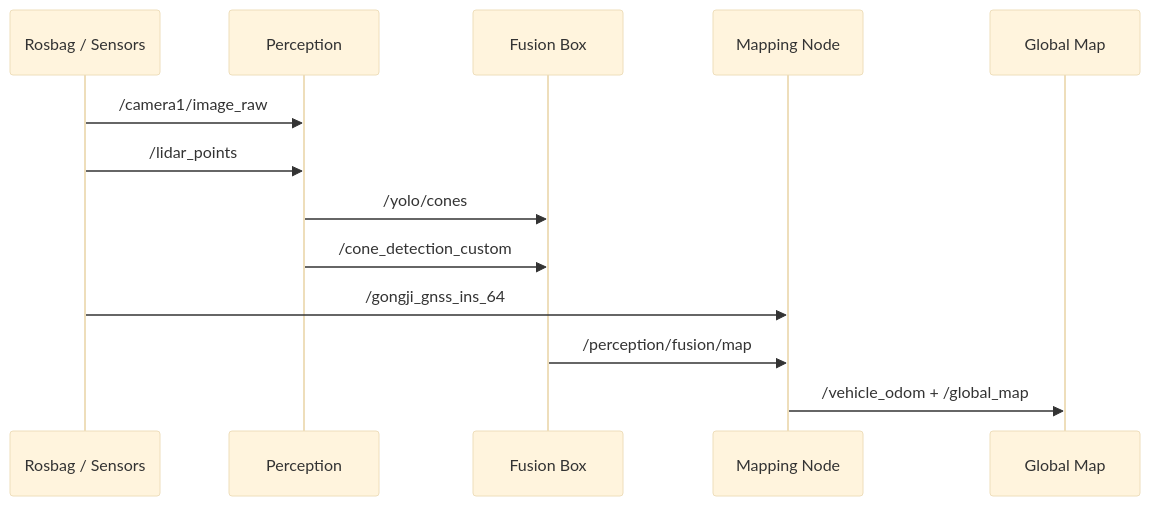
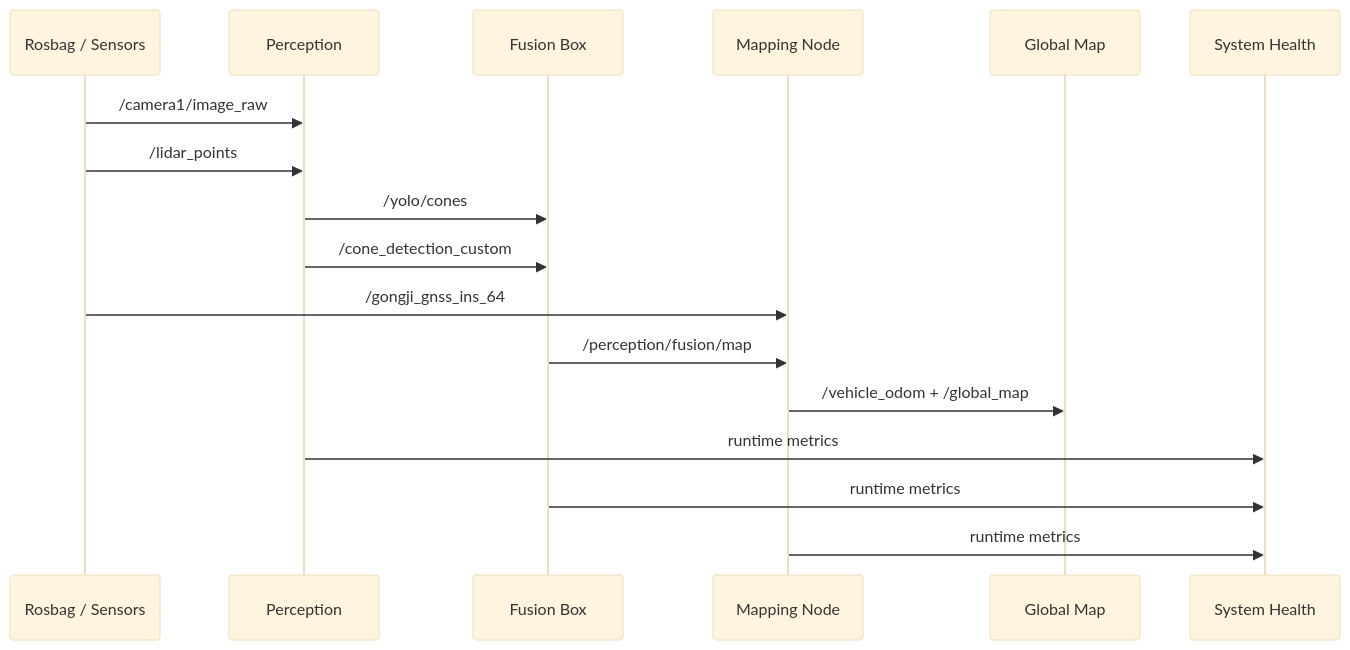
Before and after one commit to yupengsky/RacingBrain: the second of 2 diagrams in README.md, drawn with Mermaid (base theme). The commit also changed other lines of this file and 31 other files, not shown here.

First line of the commit message:
增加感知-建图链路统一健康度输出

````diff
--- a/README.md
+++ b/README.md
@@ -49,16 +50,20 @@
 ```mermaid
 sequenceDiagram
     participant Bag as Rosbag / Sensors
     participant Perception as Perception
     participant Fusion as Fusion Box
     participant Mapper as Mapping Node
     participant Map as Global Map
+    participant Health as System Health
 
     Bag->>Perception: /camera1/image_raw
     Bag->>Perception: /lidar_points
     Perception->>Fusion: /yolo/cones
     Perception->>Fusion: /cone_detection_custom
     Bag->>Mapper: /gongji_gnss_ins_64
     Fusion->>Mapper: /perception/fusion/map
     Mapper->>Map: /vehicle_odom + /global_map
+    Perception->>Health: runtime metrics
+    Fusion->>Health: runtime metrics
+    Mapper->>Health: runtime metrics
 ```
````
